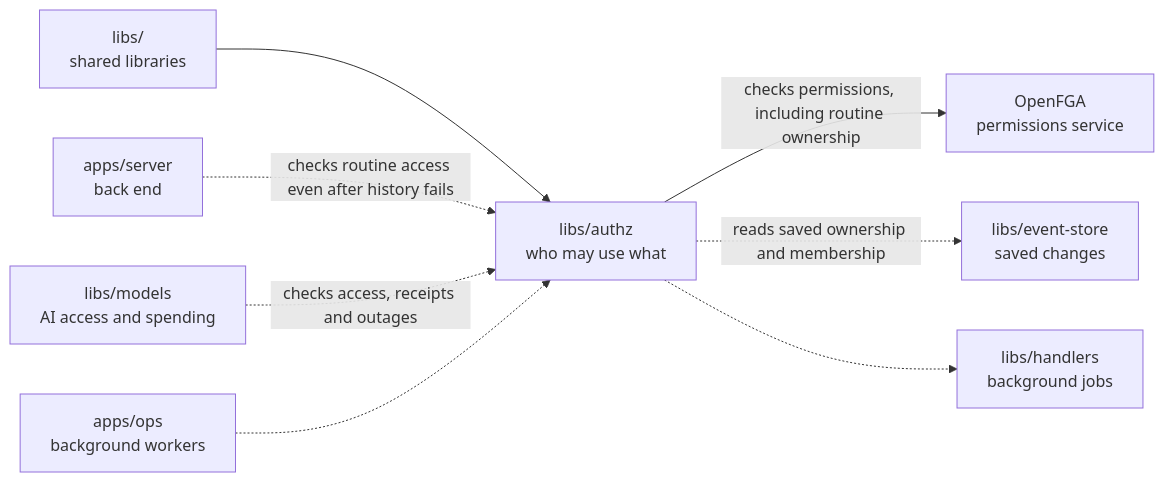
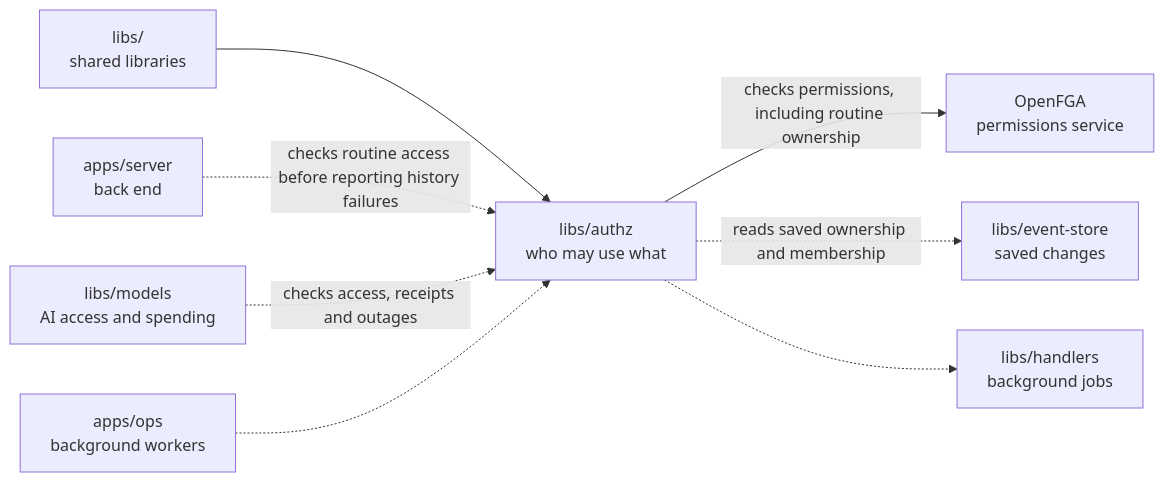
Before and after one commit to elewa-git/opencrane-new: the diagram in libs/authz/README.md, drawn with Mermaid. The commit also changed other lines of this file and 6 other files, not shown here.

````diff
--- a/libs/authz/README.md
+++ b/libs/authz/README.md
@@ -20,10 +20,10 @@
 ```mermaid
 flowchart LR
   parent["libs/<br/>shared libraries"] --> authz["libs/authz<br/>who may use what"]
-  server["apps/server<br/>back end"] -.->|checks routine access even after history fails| authz
+  server["apps/server<br/>back end"] -.->|checks routine access before reporting history failures| authz
   models["libs/models<br/>AI access and spending"] -.->|checks access, receipts and outages| authz
   ops["apps/ops<br/>background workers"] -.-> authz
   authz -->|checks permissions, including routine ownership| fga["OpenFGA<br/>permissions service"]
   authz -.->|reads saved ownership and membership| store["libs/event-store<br/>saved changes"]
   authz -.-> handlers["libs/handlers<br/>background jobs"]
 ```
````
